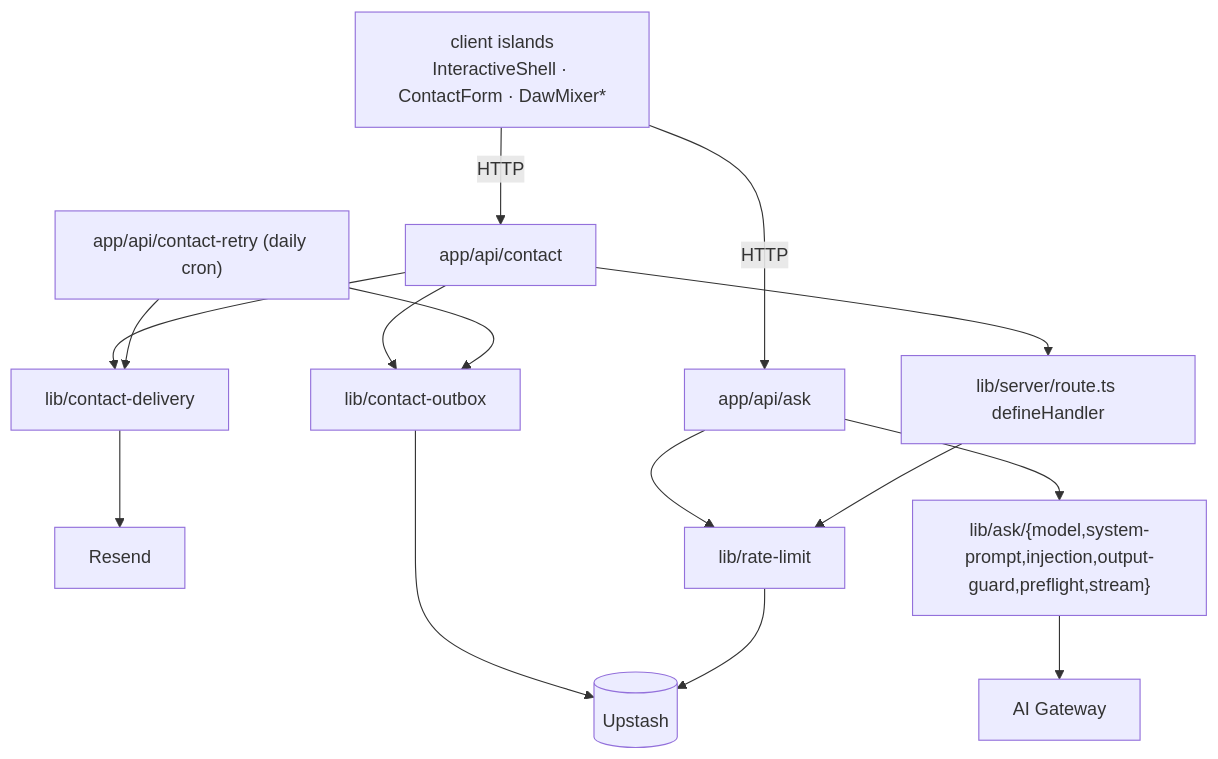
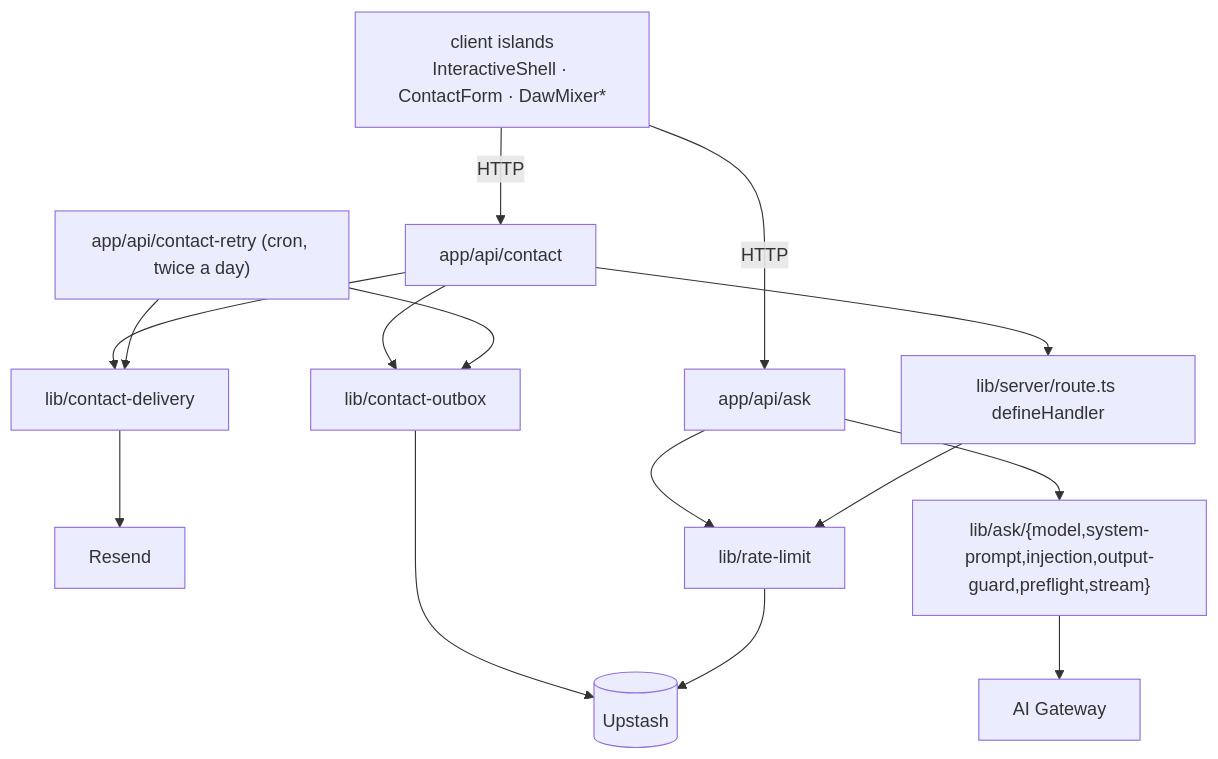
One commit to erikunha/portfolio changed the seventh of 7 diagrams in docs/01-architecture.md. Above: the diagram before and after it, drawn with Mermaid. The commit also changed other lines of this file and 15 other files, not shown here.

First line of the commit message:
docs(decisions): state the twice-daily contact retry, the dollar budget keys and the late a11y fixes

````diff
--- a/docs/01-architecture.md
+++ b/docs/01-architecture.md
@@ -146,17 +146,17 @@
 ```mermaid
 flowchart TD
     island["client islands<br/>InteractiveShell · ContactForm · DawMixer*"] -->|HTTP| apiask["app/api/ask"]
     island -->|HTTP| apicontact["app/api/contact"]
     apicontact --> defh["lib/server/route.ts defineHandler"]
     apicontact --> delivery["lib/contact-delivery"]
     apicontact --> outbox["lib/contact-outbox"]
-    retry["app/api/contact-retry (daily cron)"] --> delivery
+    retry["app/api/contact-retry (cron, twice a day)"] --> delivery
     retry --> outbox
     outbox --> redis
     delivery --> resend["Resend"]
     apiask --> rl["lib/rate-limit"]
     apiask --> askmod["lib/ask/{model,system-prompt,injection,output-guard,preflight,stream}"]
     defh --> rl
     rl --> redis[("Upstash")]
     askmod --> gw["AI Gateway"]
 ```
````
